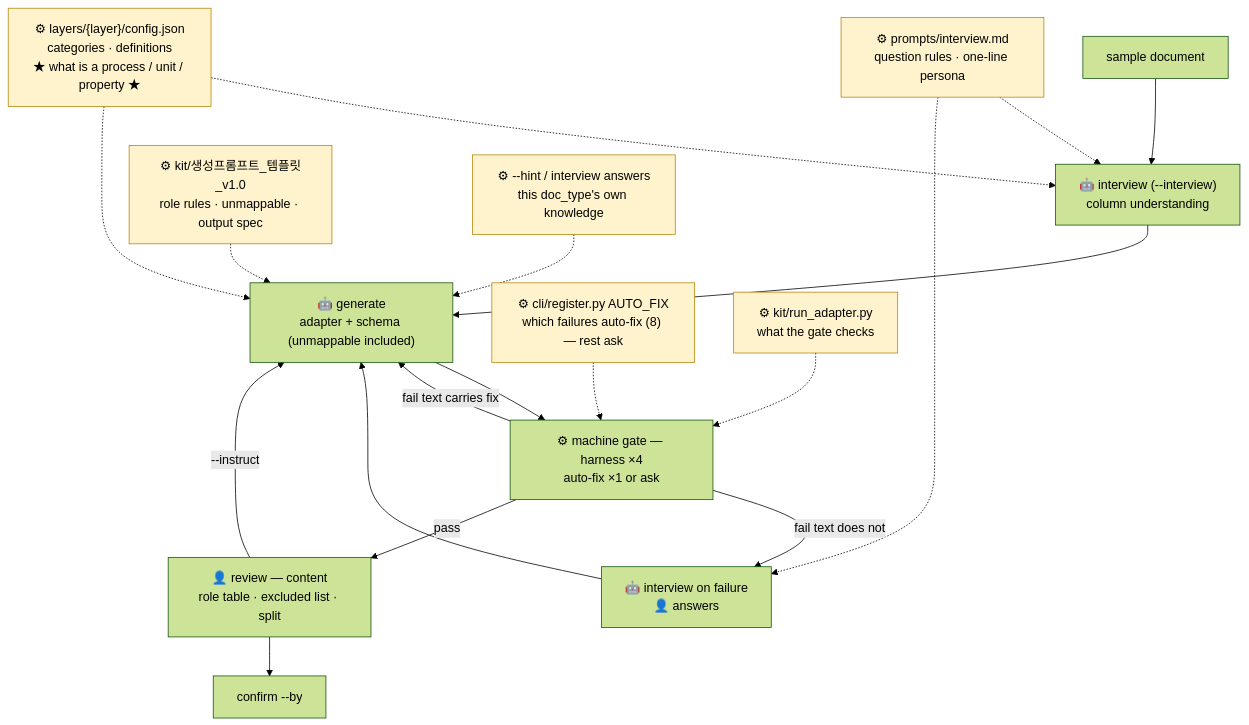
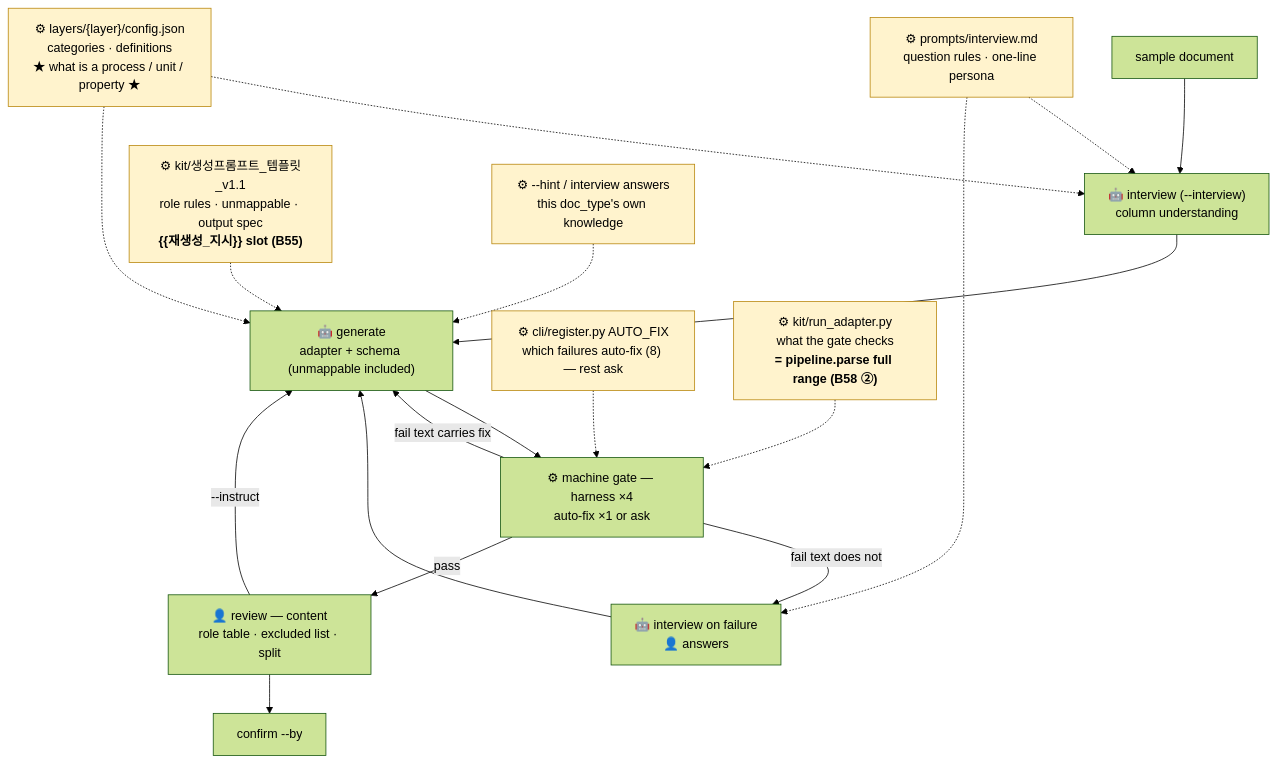
The first of 4 diagrams in docs/구조도/05_조절_지도.md (playjae0/ontology_system), drawn with Mermaid (forest theme) before and after one commit. The commit also changed other lines of this file and 7 other files, not shown here.

First line of the commit message:
docs: B58d 반입 — 가이드 §4.4(재등록) · 구조도 03·04·05 · 요청문 ⑩

````diff
--- a/docs/구조도/05_조절_지도.md
+++ b/docs/구조도/05_조절_지도.md
@@ -9,21 +10,21 @@
 ```mermaid
 flowchart TD
   A["sample document"] --> B["🤖 interview (--interview)<br/>column understanding"]
   B --> C["🤖 generate<br/>adapter + schema (unmappable included)"]
   C --> D["⚙ machine gate — harness ×4<br/>auto-fix ×1 or ask"]
   D -- "fail text carries fix" --> C
   D -- "fail text does not" --> B2["🤖 interview on failure<br/>👤 answers"] --> C
   D -- "pass" --> E["👤 review — content<br/>role table · excluded list · split"]
   E -- "--instruct" --> C
   E --> F["confirm --by"]
 
   P1["⚙ prompts/interview.md<br/>question rules · one-line persona"]:::knob -.-> B
   P1 -.-> B2
   P2["⚙ layers/{layer}/config.json<br/>categories · definitions<br/>★ what is a process / unit / property ★"]:::knob -.-> B
   P2 -.-> C
-  P3["⚙ kit/생성프롬프트_템플릿_v1.0<br/>role rules · unmappable · output spec"]:::knob -.-> C
+  P3["⚙ kit/생성프롬프트_템플릿_v1.1<br/>role rules · unmappable · output spec<br/><b>{{재생성_지시}} slot (B55)</b>"]:::knob -.-> C
   P4["⚙ --hint / interview answers<br/>this doc_type's own knowledge"]:::knob -.-> C
   P5["⚙ cli/register.py AUTO_FIX<br/>which failures auto-fix (8) — rest ask"]:::knob -.-> D
-  P6["⚙ kit/run_adapter.py<br/>what the gate checks"]:::knob -.-> D
+  P6["⚙ kit/run_adapter.py<br/>what the gate checks<br/><b>= pipeline.parse full range (B58 ②)</b>"]:::knob -.-> D
   classDef knob fill:#fff3cd,stroke:#b8860b
 ```
````
